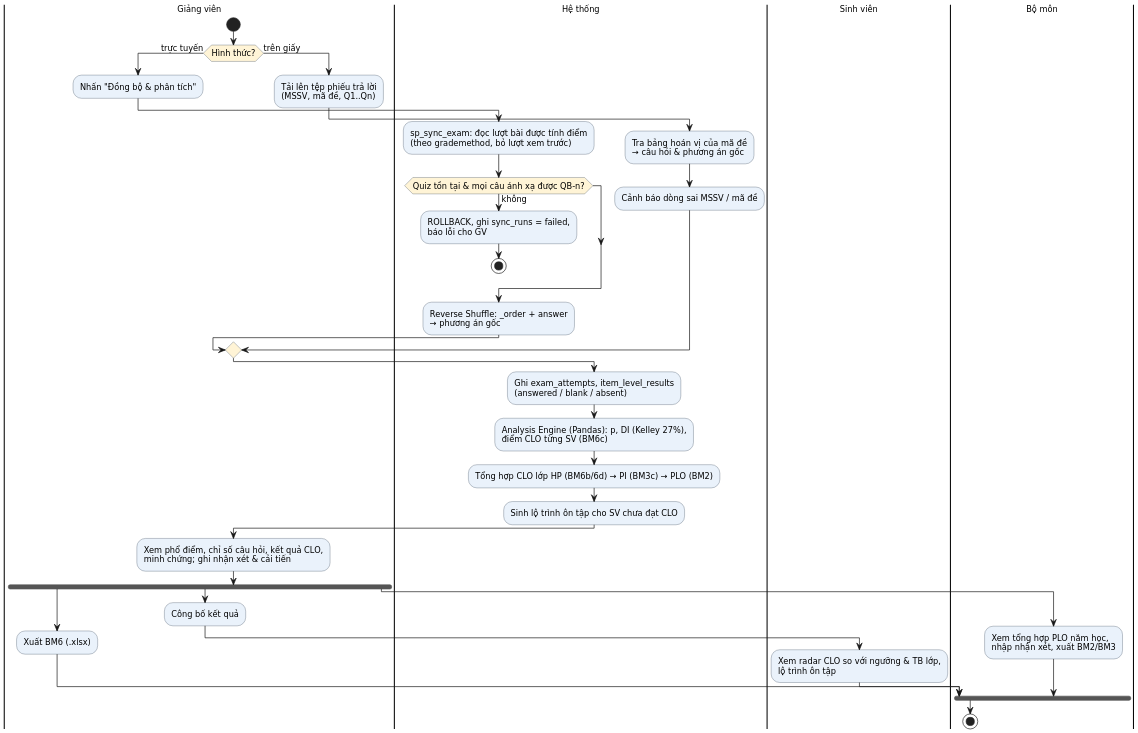
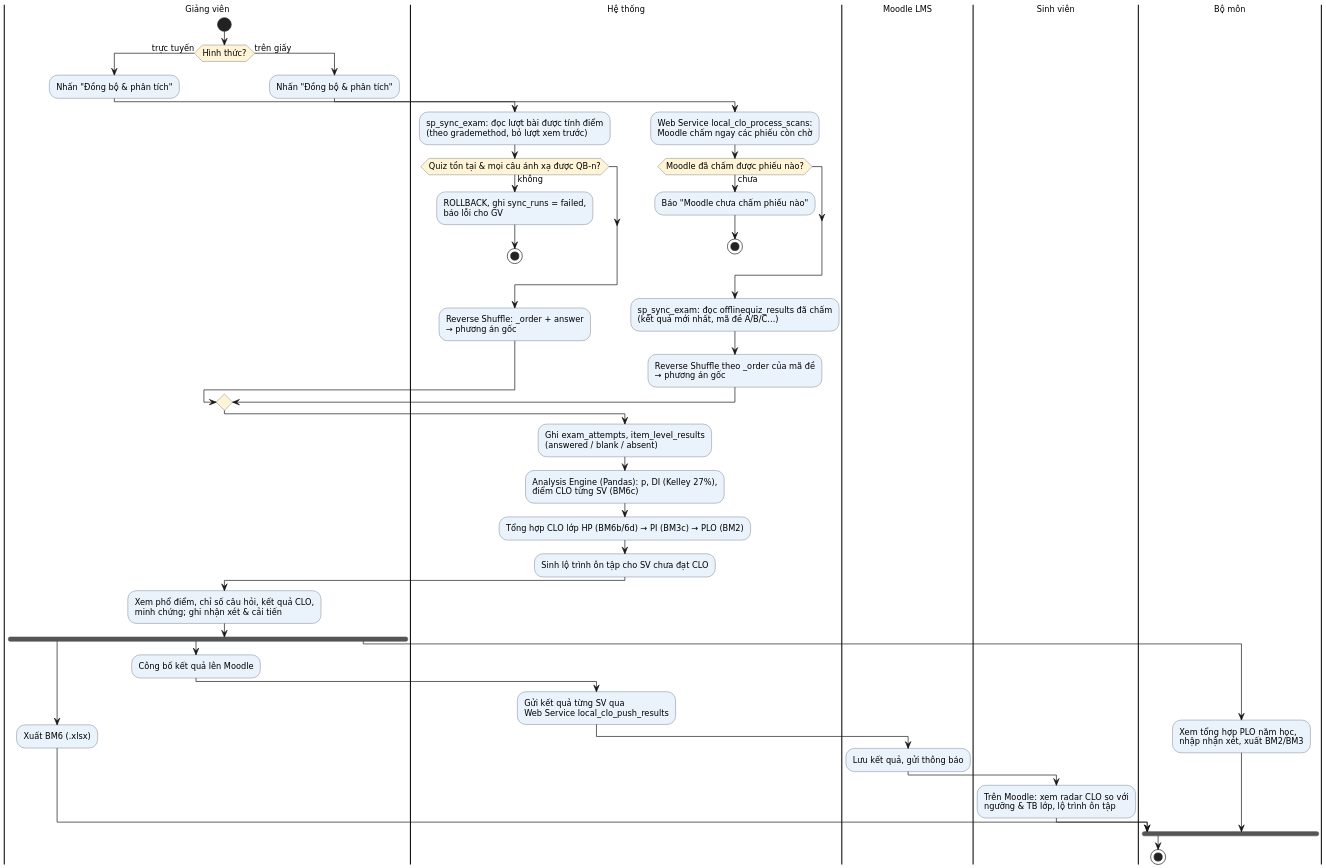
The diagram in docs/diagrams/act2.puml (NguyenTanYen/TLCN), drawn with PlantUML before and after one commit. The commit also changed 11698 other files, not shown here.

```diff
--- a/docs/diagrams/act2.puml
+++ b/docs/diagrams/act2.puml
@@ -1,44 +1,53 @@
 @startuml
 skinparam defaultFontName "DejaVu Sans"
 skinparam defaultFontSize 12
 skinparam dpi 160
 skinparam shadowing false
 skinparam ActivityBackgroundColor #EAF2FB
 skinparam ActivityBorderColor #445566
 skinparam ActivityDiamondBackgroundColor #FFF4D6
 |Giảng viên|
 start
 if (Hình thức?) then (trực tuyến)
   :Nhấn "Đồng bộ & phân tích";
   |Hệ thống|
   :sp_sync_exam: đọc lượt bài được tính điểm\n(theo grademethod, bỏ lượt xem trước);
   if (Quiz tồn tại & mọi câu ánh xạ được QB-n?) then (không)
     :ROLLBACK, ghi sync_runs = failed,\nbáo lỗi cho GV;
     stop
   endif
   :Reverse Shuffle: _order + answer\n→ phương án gốc;
 else (trên giấy)
   |Giảng viên|
-  :Tải lên tệp phiếu trả lời\n(MSSV, mã đề, Q1..Qn);
+  :Nhấn "Đồng bộ & phân tích";
   |Hệ thống|
-  :Tra bảng hoán vị của mã đề\n→ câu hỏi & phương án gốc;
-  :Cảnh báo dòng sai MSSV / mã đề;
+  :Web Service local_clo_process_scans:\nMoodle chấm ngay các phiếu còn chờ;
+  if (Moodle đã chấm được phiếu nào?) then (chưa)
+    :Báo "Moodle chưa chấm phiếu nào";
+    stop
+  endif
+  :sp_sync_exam: đọc offlinequiz_results đã chấm\n(kết quả mới nhất, mã đề A/B/C…);
+  :Reverse Shuffle theo _order của mã đề\n→ phương án gốc;
 endif
 :Ghi exam_attempts, item_level_results\n(answered / blank / absent);
 :Analysis Engine (Pandas): p, DI (Kelley 27%),\nđiểm CLO từng SV (BM6c);
 :Tổng hợp CLO lớp HP (BM6b/6d) → PI (BM3c) → PLO (BM2);
 :Sinh lộ trình ôn tập cho SV chưa đạt CLO;
 |Giảng viên|
 :Xem phổ điểm, chỉ số câu hỏi, kết quả CLO,\nminh chứng; ghi nhận xét & cải tiến;
 fork
   :Xuất BM6 (.xlsx);
 fork again
-  :Công bố kết quả;
+  :Công bố kết quả lên Moodle;
+  |Hệ thống|
+  :Gửi kết quả từng SV qua\nWeb Service local_clo_push_results;
+  |Moodle LMS|
+  :Lưu kết quả, gửi thông báo;
   |Sinh viên|
-  :Xem radar CLO so với ngưỡng & TB lớp,\nlộ trình ôn tập;
+  :Trên Moodle: xem radar CLO so với\nngưỡng & TB lớp, lộ trình ôn tập;
 fork again
   |Bộ môn|
   :Xem tổng hợp PLO năm học,\nnhập nhận xét, xuất BM2/BM3;
 end fork
 stop
 @enduml
```
